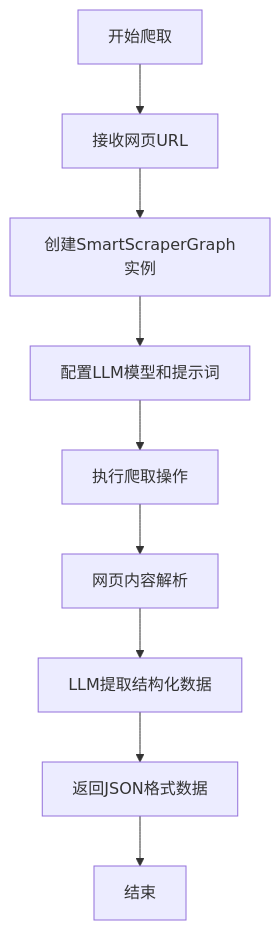
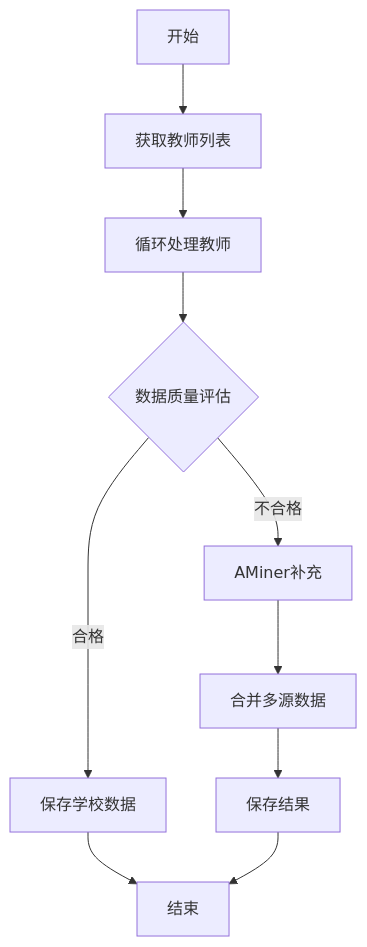
The diagram in 技术架构说明.md (starrycarrot/Teacher-Analysis), drawn with Mermaid before and after one commit. The commit also changed other lines of this file and 1 other file, not shown here.

````diff
--- a/技术架构说明.md
+++ b/技术架构说明.md
@@ -117,11 +40,12 @@
 ```mermaid
 flowchart TD
-    A[开始爬取] --> B[接收网页URL]
-    B --> C[创建SmartScraperGraph实例]
-    C --> D[配置LLM模型和提示词]
-    D --> E[执行爬取操作]
-    E --> F[网页内容解析]
-    F --> G[LLM提取结构化数据]
-    G --> H[返回JSON格式数据]
-    H --> I[结束]
+    A[开始] --> B[获取教师列表]
+    B --> C[循环处理教师]
+    C --> D{数据质量评估}
+    D -- 合格 --> E[保存学校数据]
+    D -- 不合格 --> F[AMiner补充]
+    F --> G[合并多源数据]
+    G --> H[保存结果]
+    E --> I[结束]
+    H --> I
 ```
````
